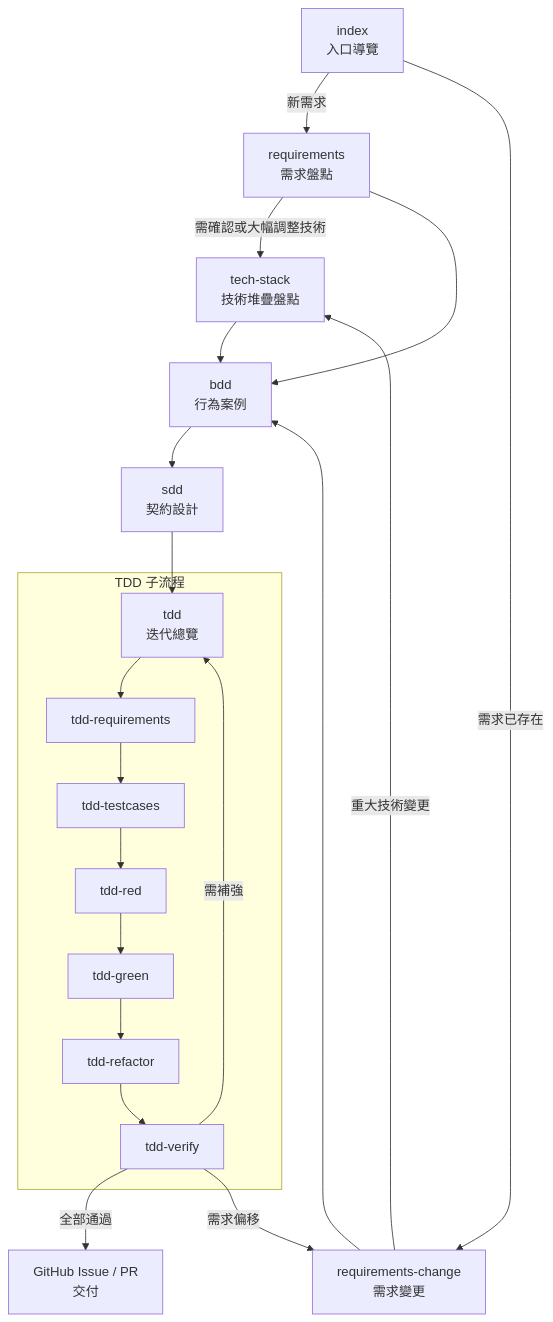
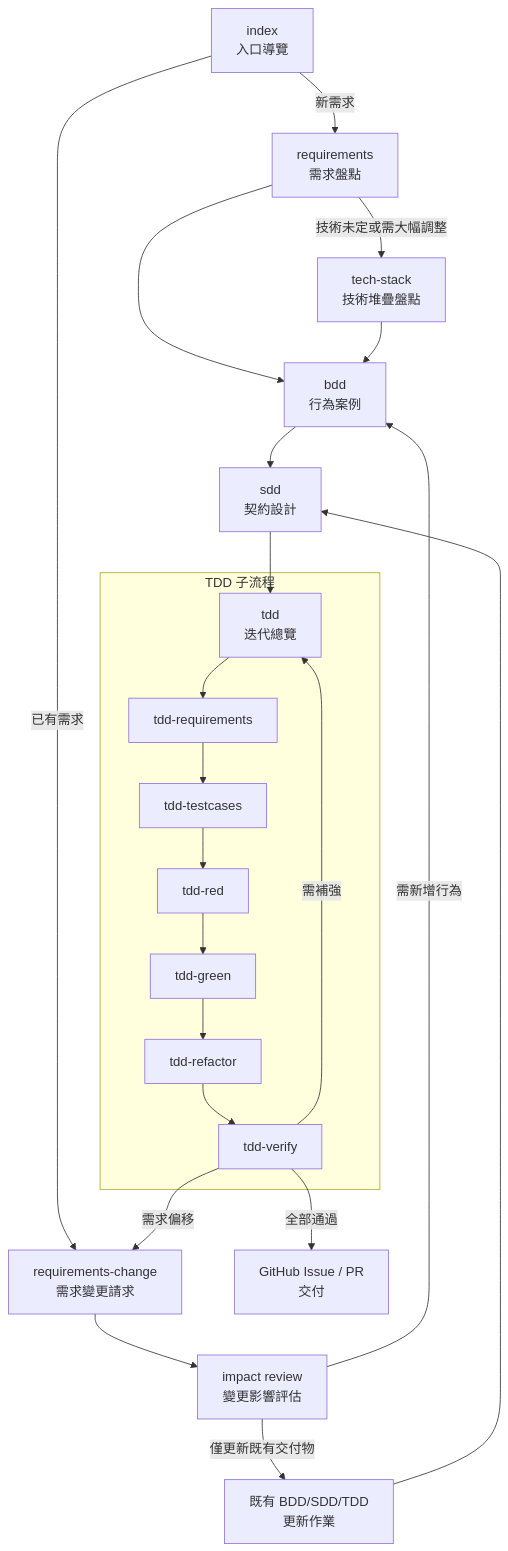
The diagram in README.md (hsiangjenli/prompts), drawn with Mermaid before and after one commit. The commit also changed other lines of this file, not shown here.

Commit message:
feat: Update README to clarify requirements change process and enhance TDD workflow descriptions

````diff
--- a/README.md
+++ b/README.md
@@ -41,31 +41,35 @@
 ```mermaid
 flowchart TB
     PI[index
 入口導覽] -->|新需求| PRQ[requirements
 需求盤點]
-    PI -->|需求已存在| PRC[requirements-change
-需求變更]
-    PRQ -->|需確認或大幅調整技術| TS[tech-stack
+    PI -->|已有需求| PRC[requirements-change
+需求變更請求]
+    PRQ -->|技術未定或需大幅調整| TS[tech-stack
 技術堆疊盤點]
-    PRC -->|重大技術變更| TS
     PRQ --> PBDD[bdd
 行為案例]
+    PRC --> PRV[impact review
+變更影響評估]
+    PRV -->|僅更新既有交付物| PUPD[既有 BDD/SDD/TDD
+更新作業]
+    PRV -->|需新增行為| PBDD
     TS --> PBDD
-    PRC --> PBDD
+    PUPD --> PSDD
     PBDD --> PSDD[sdd
 契約設計]
     PSDD --> PTDD[tdd
 迭代總覽]
     subgraph "TDD 子流程"
         PTDD --> TRQ[tdd-requirements]
         TRQ --> TTC[tdd-testcases]
         TTC --> TRD[tdd-red]
         TRD --> TGR[tdd-green]
         TGR --> TRF[tdd-refactor]
         TRF --> TVF[tdd-verify]
     end
     TVF -->|全部通過| GH[GitHub Issue / PR
 交付]
     TVF -->|需補強| PTDD
     TVF -->|需求偏移| PRC
 ```
````
